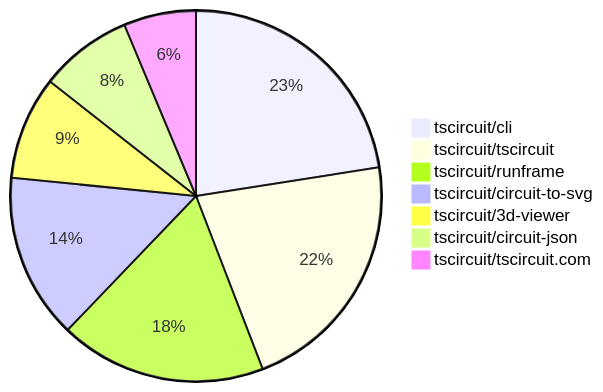
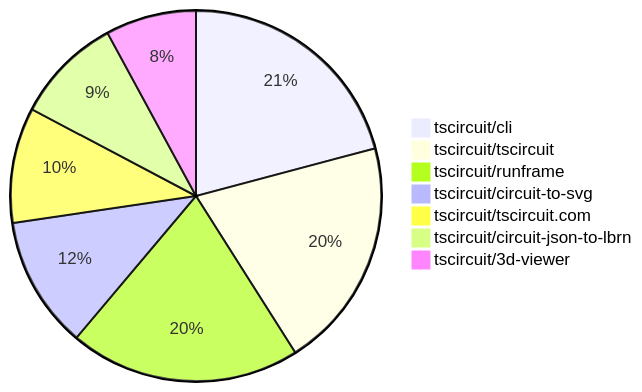
Before and after one commit to tscircuit/contribution-tracker: the second of 2 diagrams in README.md, drawn with Mermaid. The commit also changed other lines of this file and 3 other files, not shown here.

````diff
--- a/README.md
+++ b/README.md
@@ -116,10 +125,10 @@
 ```mermaid
 pie
-    "tscircuit/cli" : 25
-    "tscircuit/tscircuit" : 24
-    "tscircuit/runframe" : 20
+    "tscircuit/cli" : 29
+    "tscircuit/tscircuit" : 28
+    "tscircuit/runframe" : 28
     "tscircuit/circuit-to-svg" : 16
-    "tscircuit/3d-viewer" : 10
-    "tscircuit/circuit-json" : 9
-    "tscircuit/tscircuit.com" : 7
+    "tscircuit/tscircuit.com" : 14
+    "tscircuit/circuit-json-to-lbrn" : 13
+    "tscircuit/3d-viewer" : 11
 ```
````
